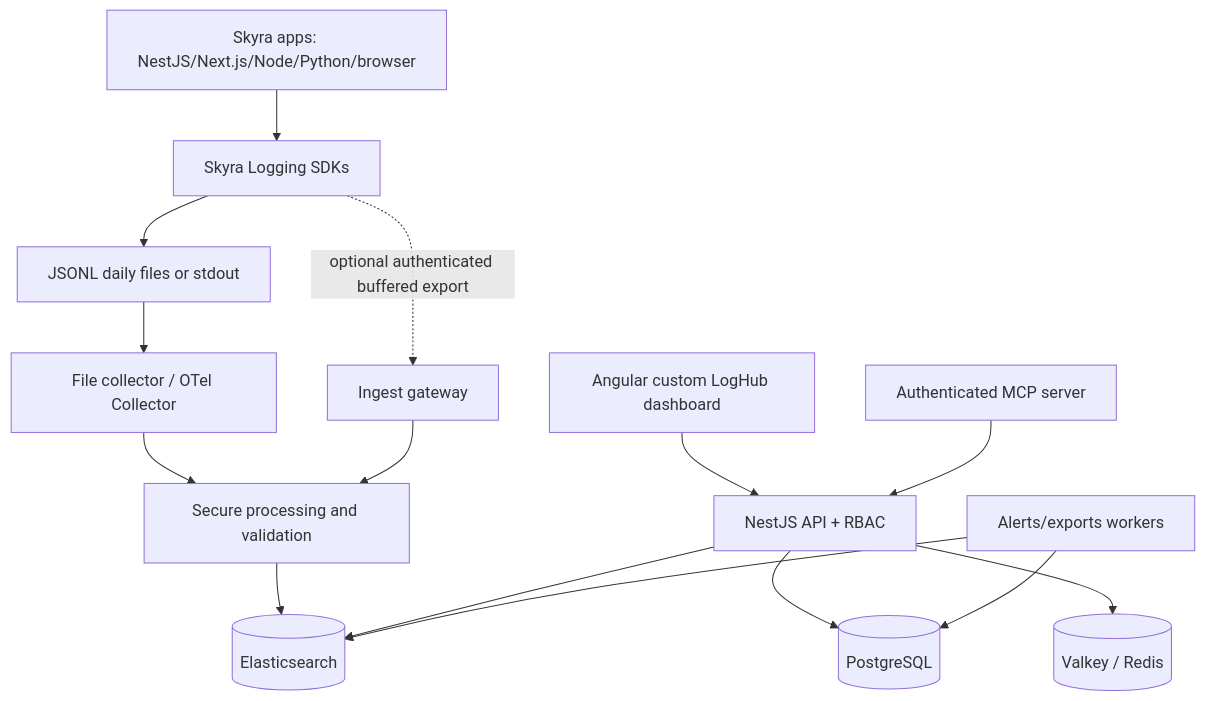
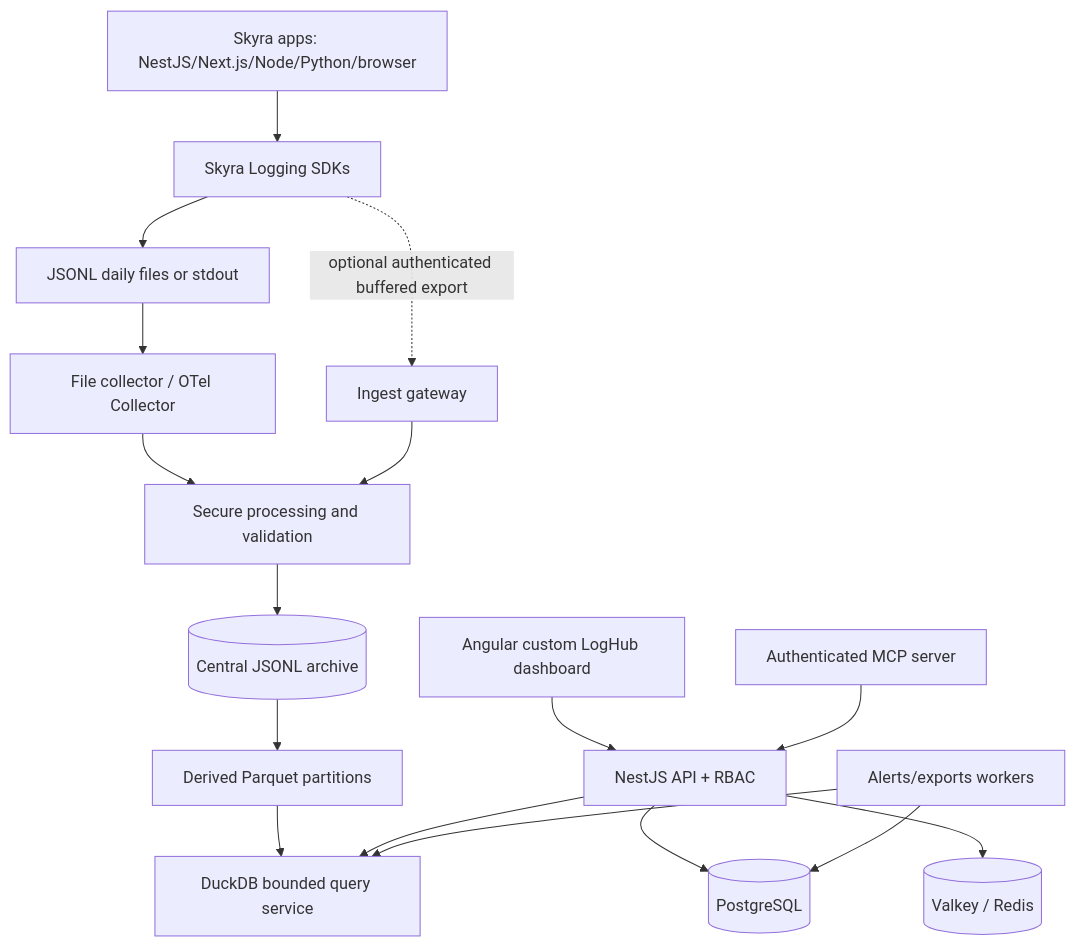
Before and after one commit to SkyraTech/skyra-log-hub: the first of 2 diagrams in docs/02-SYSTEM_ARCHITECTURE.md, drawn with Mermaid. The commit also changed other lines of this file and 50 other files, not shown here.

````diff
--- a/docs/02-SYSTEM_ARCHITECTURE.md
+++ b/docs/02-SYSTEM_ARCHITECTURE.md
@@ -10,17 +10,19 @@
 ```mermaid
 flowchart TD
   Apps[Skyra apps: NestJS/Next.js/Node/Python/browser] --> SDK[Skyra Logging SDKs]
   SDK --> Local[JSONL daily files or stdout]
   Local --> Agent[File collector / OTel Collector]
   SDK -. optional authenticated buffered export .-> Gateway[Ingest gateway]
   Agent --> Pipeline[Secure processing and validation]
   Gateway --> Pipeline
-  Pipeline --> ES[(Elasticsearch)]
+  Pipeline --> Archive[(Central JSONL archive)]
+  Archive --> Parquet[Derived Parquet partitions]
+  Parquet --> Query[DuckDB bounded query service]
   Browser[Angular custom LogHub dashboard] --> API[NestJS API + RBAC]
   MCP[Authenticated MCP server] --> API
-  API --> ES
+  API --> Query
   API --> PG[(PostgreSQL)]
   API --> Cache[(Valkey / Redis)]
-  Workers[Alerts/exports workers] --> ES
+  Workers[Alerts/exports workers] --> Query
   Workers --> PG
 ```
````
